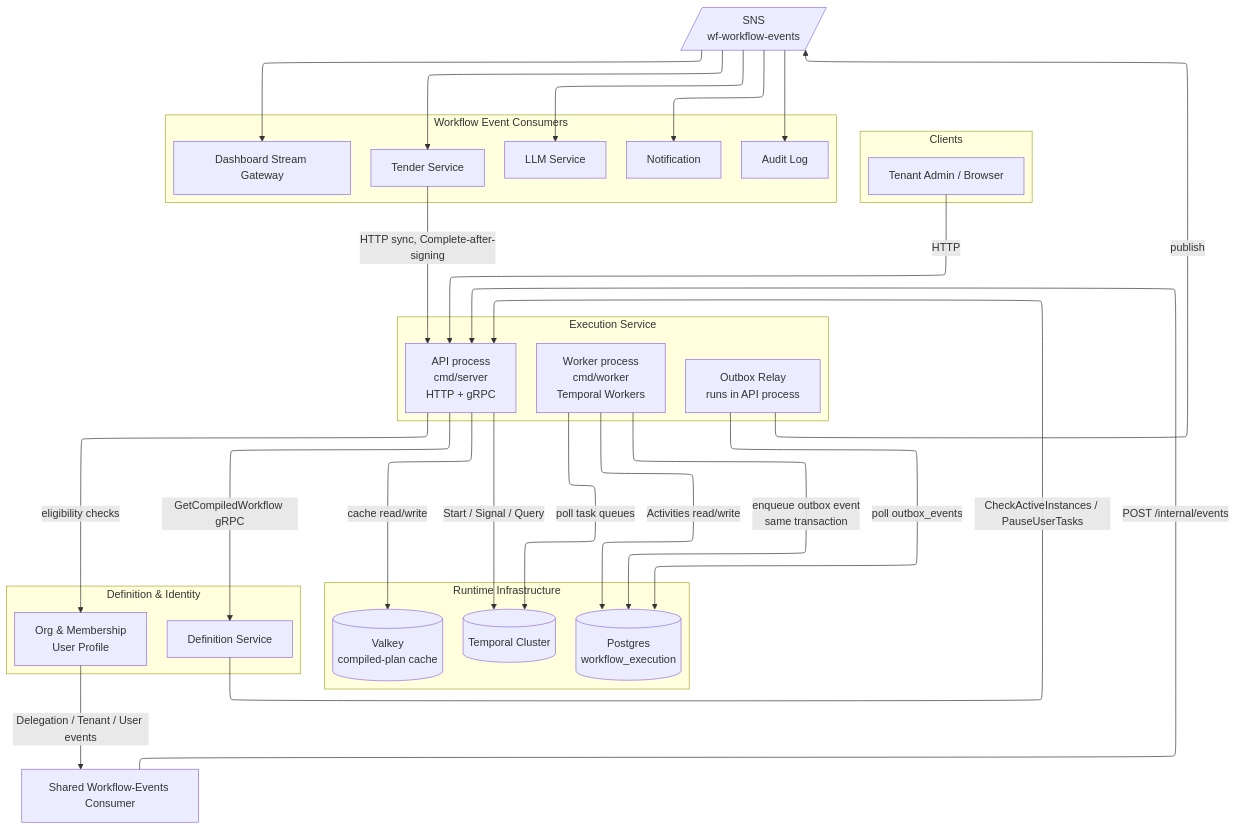
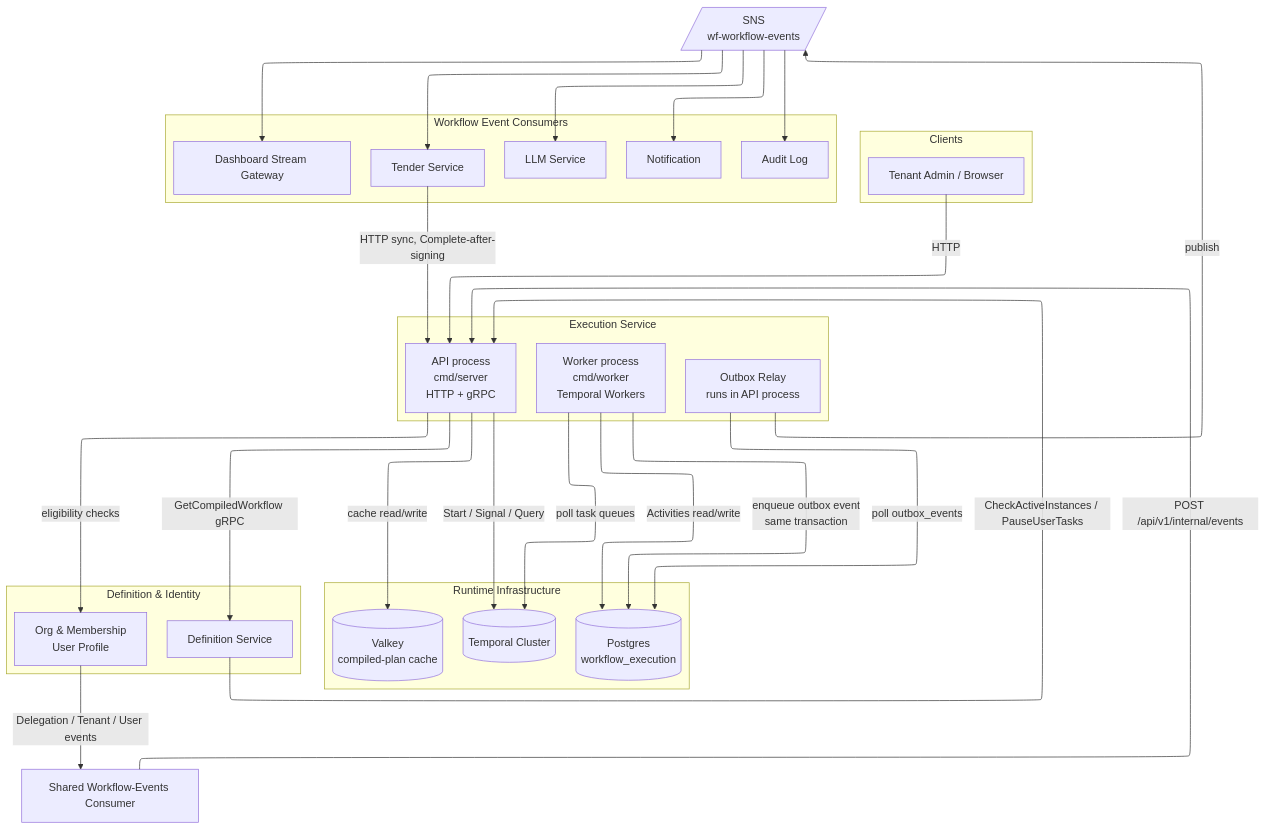
One commit to BCBP-SOLUTIONS-FZC-LLC/workflow-execution-service changed the first of 4 diagrams in docs/lld/execution_service.md. Above: the diagram before and after it, drawn with Mermaid. The commit also changed other lines of this file and 35 other files, not shown here.

First line of the commit message:
fix(events,api,eligibility): nil-slice event bug, SLA dedup, route prefix, reassign eligibility

````diff
--- a/docs/lld/execution_service.md
+++ b/docs/lld/execution_service.md
@@ -86,51 +86,51 @@
 ```mermaid
 ---
 config:
   layout: elk
 ---
 flowchart TB
  subgraph Clients["Clients"]
     direction TB
         Admin["Tenant Admin / Browser"]
   end
  subgraph Execution["Execution Service"]
     direction TB
         API["API process<br>cmd/server<br>HTTP + gRPC"]
         Worker["Worker process<br>cmd/worker<br>Temporal Workers"]
         Outbox["Outbox Relay<br>runs in API process"]
   end
  subgraph Runtime["Runtime Infrastructure"]
     direction TB
         Valkey[("Valkey<br>compiled-plan cache")]
         PG[("Postgres<br>workflow_execution")]
         Temporal[("Temporal Cluster")]
   end
  subgraph Dependencies["Definition & Identity"]
     direction TB
         Def["Definition Service"]
         IAM["Org &amp; Membership<br>User Profile"]
   end
  subgraph Consumers["Workflow Event Consumers"]
     direction TB
         Dash["Dashboard Stream Gateway"]
         Tender["Tender Service"]
         LLM["LLM Service"]
         Notif["Notification"]
         Audit["Audit Log"]
   end
     Worker -- poll task queues --> Temporal
     Admin -- HTTP --> API
     Tender -- HTTP sync, Complete-after-signing --> API
     API -- Start / Signal / Query --> Temporal
     API -- cache read/write --> Valkey
     Worker -- Activities read/write --> PG
     Worker -- enqueue outbox event<br>same transaction --> PG
     API -- GetCompiledWorkflow gRPC --> Def
     API -- eligibility checks --> IAM
     Def -- CheckActiveInstances / PauseUserTasks --> API
     IAM -- Delegation / Tenant / User events --> Consumer["Shared Workflow-Events Consumer"]
-    Consumer -- POST /internal/events --> API
+    Consumer -- POST /api/v1/internal/events --> API
     Outbox -- poll outbox_events --> PG
     Outbox -- publish --> SNS[/"SNS<br>wf-workflow-events"/]
     SNS --> Dash & Tender & LLM & Notif & Audit
   ```
````
